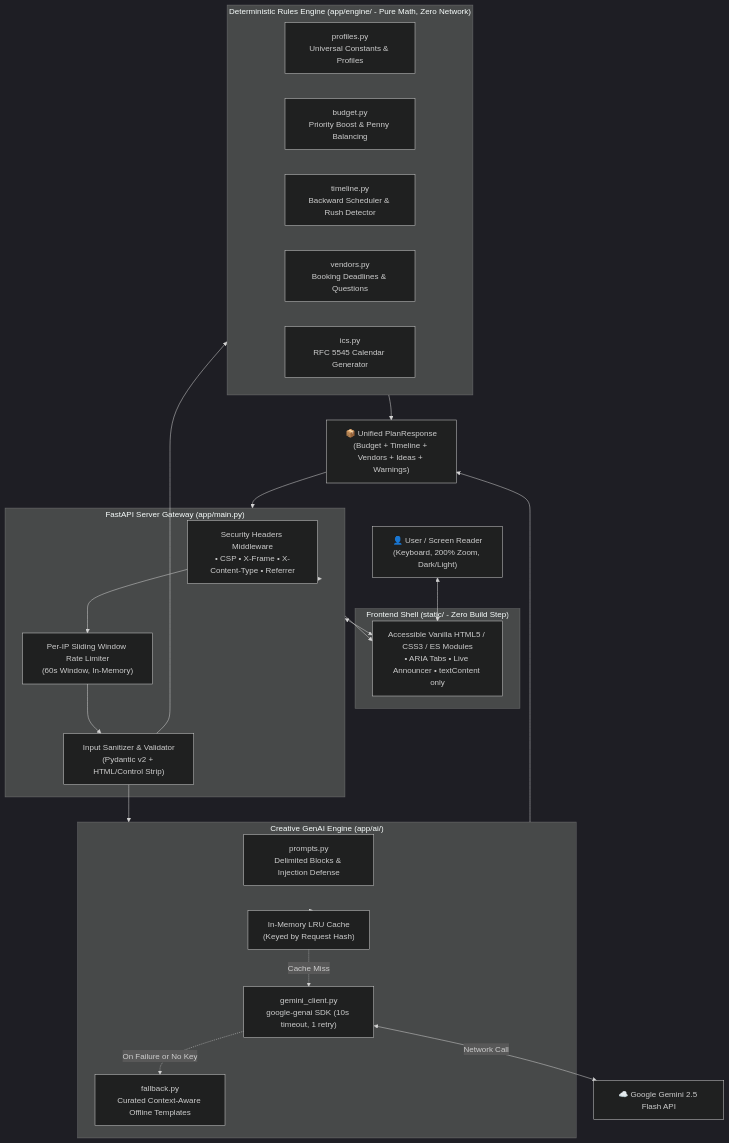
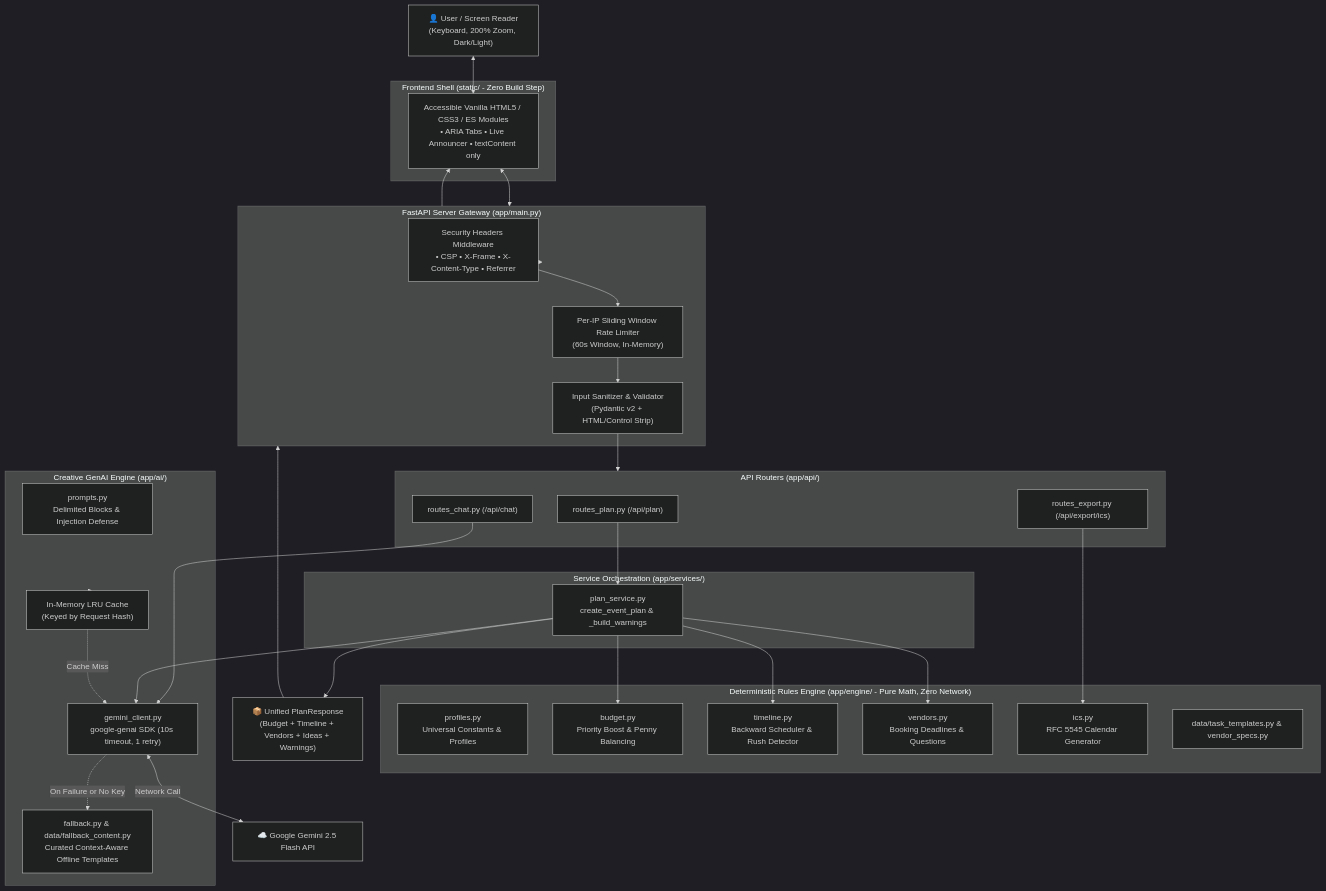
One commit to Dhinakarg/EventCraft changed the diagram in README.md. Above: the diagram before and after it, drawn with Mermaid (dark theme). The commit also changed other lines of this file, not shown here.

Commit message:
docs: add verified CI status badge and update system architecture diagram

````diff
--- a/README.md
+++ b/README.md
@@ -53,46 +61,63 @@
 ```mermaid
 graph TD
     User["👤 User / Screen Reader\n(Keyboard, 200% Zoom, Dark/Light)"]
     
     subgraph Frontend["Frontend Shell (static/ - Zero Build Step)"]
         UI["Accessible Vanilla HTML5 / CSS3 / ES Modules\n• ARIA Tabs • Live Announcer • textContent only"]
     end
     
     subgraph Gateway["FastAPI Server Gateway (app/main.py)"]
         Security["Security Headers Middleware\n• CSP • X-Frame • X-Content-Type • Referrer"]
         RateLimiter["Per-IP Sliding Window Rate Limiter\n(60s Window, In-Memory)"]
         Sanitizer["Input Sanitizer & Validator\n(Pydantic v2 + HTML/Control Strip)"]
     end
+
+    subgraph APILayer["API Routers (app/api/)"]
+        RoutePlan["routes_plan.py (/api/plan)"]
+        RouteChat["routes_chat.py (/api/chat)"]
+        RouteExport["routes_export.py (/api/export/ics)"]
+    end
+
+    subgraph ServiceLayer["Service Orchestration (app/services/)"]
+        PlanService["plan_service.py\ncreate_event_plan & _build_warnings"]
+    end
     
     subgraph DeterministicEngine["Deterministic Rules Engine (app/engine/ - Pure Math, Zero Network)"]
         Profiles["profiles.py\nUniversal Constants & Profiles"]
         BudgetEngine["budget.py\nPriority Boost & Penny Balancing"]
         TimelineEngine["timeline.py\nBackward Scheduler & Rush Detector"]
         VendorEngine["vendors.py\nBooking Deadlines & Questions"]
         ICSEngine["ics.py\nRFC 5545 Calendar Generator"]
+        DataTemplates["data/task_templates.py & vendor_specs.py"]
     end
 
     subgraph AIEngine["Creative GenAI Engine (app/ai/)"]
         PromptGuard["prompts.py\nDelimited Blocks & Injection Defense"]
         LRUCache["In-Memory LRU Cache\n(Keyed by Request Hash)"]
         GeminiClient["gemini_client.py\ngoogle-genai SDK (10s timeout, 1 retry)"]
-        Fallback["fallback.py\nCurated Context-Aware Offline Templates"]
+        Fallback["fallback.py & data/fallback_content.py\nCurated Context-Aware Offline Templates"]
     end
 
     ExternalAPI["☁️ Google Gemini 2.5 Flash API"]
 
     User <--> UI
     UI <--> Gateway
     Gateway --> Security --> RateLimiter --> Sanitizer
-    Sanitizer --> DeterministicEngine
-    Sanitizer --> AIEngine
+    Sanitizer --> APILayer
+    RoutePlan --> PlanService
+    RouteChat --> GeminiClient
+    RouteExport --> ICSEngine
+
+    PlanService --> BudgetEngine
+    PlanService --> TimelineEngine
+    PlanService --> VendorEngine
+    PlanService --> GeminiClient
     
     AIEngine --> LRUCache
     LRUCache -.->|Cache Miss| GeminiClient
     GeminiClient <-->|Network Call| ExternalAPI
     GeminiClient -.->|On Failure or No Key| Fallback
     
-    DeterministicEngine --> MasterPlan["📦 Unified PlanResponse\n(Budget + Timeline + Vendors + Ideas + Warnings)"]
-    AIEngine --> MasterPlan
+    PlanService --> MasterPlan["📦 Unified PlanResponse\n(Budget + Timeline + Vendors + Ideas + Warnings)"]
     MasterPlan --> Gateway --> UI
 ```
````
